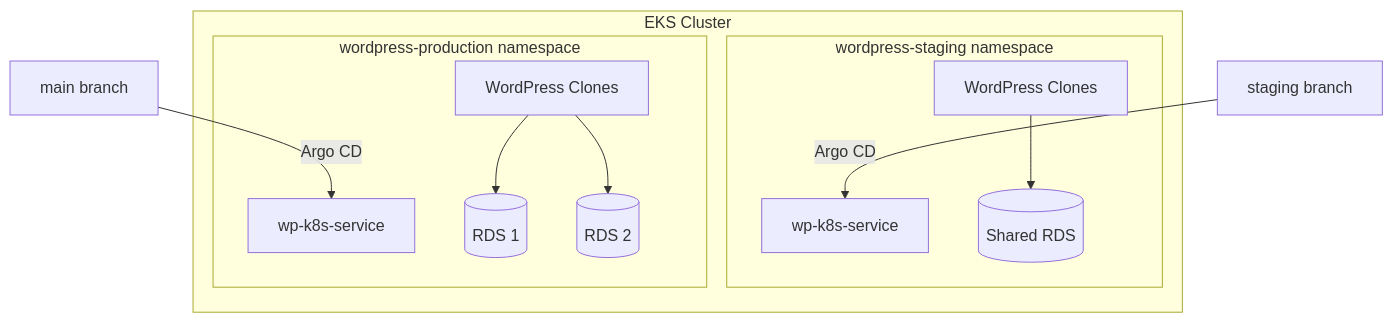
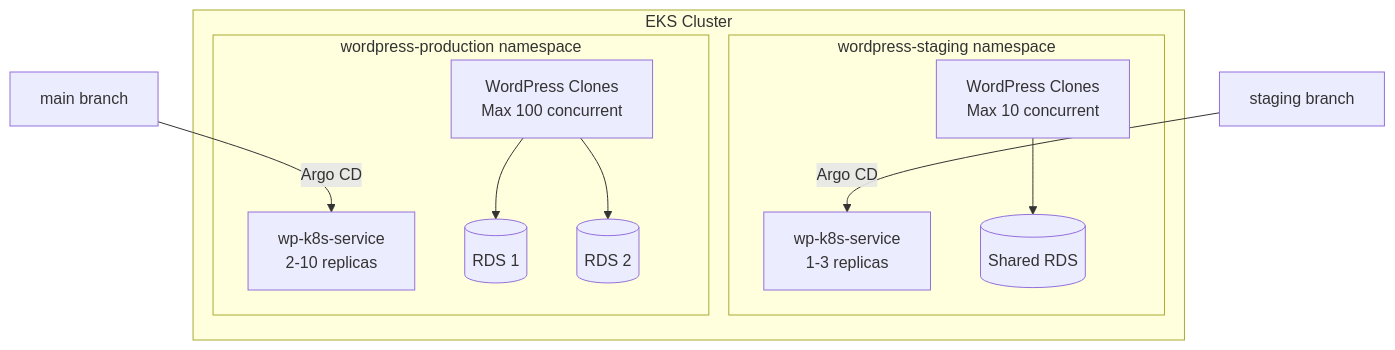
Before and after one commit to t0ct0c/clone-restore: the third of 3 diagrams in custom-wp-migrator-poc/kubernetes/IMPLEMENTATION_PLAN.md, drawn with Mermaid. The commit also changed other lines of this file, not shown here.

First line of the commit message:
Add autoscaling and reliability features to architecture diagrams

````diff
--- a/custom-wp-migrator-poc/kubernetes/IMPLEMENTATION_PLAN.md
+++ b/custom-wp-migrator-poc/kubernetes/IMPLEMENTATION_PLAN.md
@@ -83,23 +129,23 @@
 ```mermaid
 graph TB
     subgraph EKS["EKS Cluster"]
         subgraph Staging["wordpress-staging namespace"]
-            S_WP[wp-k8s-service]
-            S_Clones[WordPress Clones]
+            S_WP[wp-k8s-service<br/>1-3 replicas]
+            S_Clones[WordPress Clones<br/>Max 10 concurrent]
             S_RDS[(Shared RDS)]
             S_Clones --> S_RDS
         end
 
         subgraph Production["wordpress-production namespace"]
-            P_WP[wp-k8s-service]
-            P_Clones[WordPress Clones]
+            P_WP[wp-k8s-service<br/>2-10 replicas]
+            P_Clones[WordPress Clones<br/>Max 100 concurrent]
             P_RDS1[(RDS 1)]
             P_RDS2[(RDS 2)]
             P_Clones --> P_RDS1
             P_Clones --> P_RDS2
         end
     end
 
     Git_Staging[staging branch] -->|Argo CD| S_WP
     Git_Main[main branch] -->|Argo CD| P_WP
 ```
````
